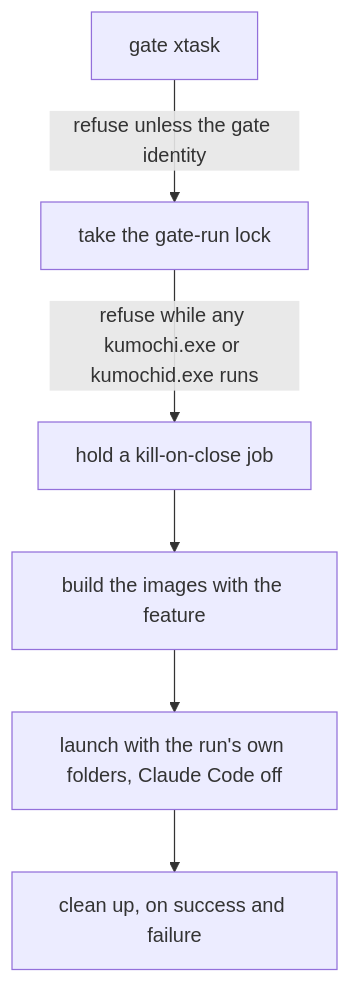
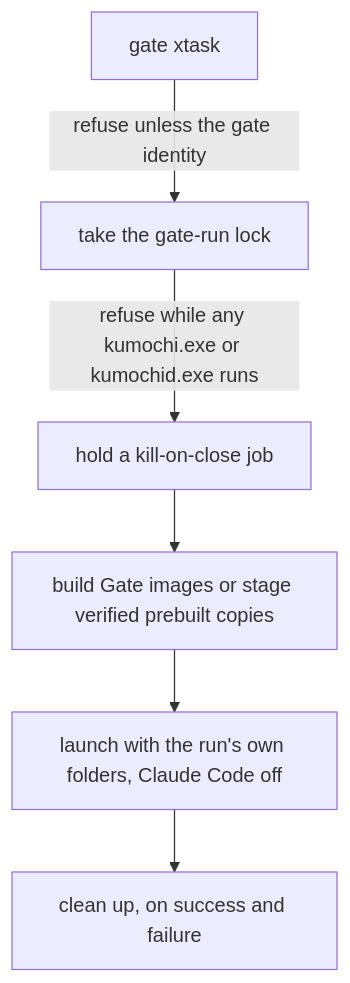
Before and after one commit to labcoder/capsula: the diagram in docs/development/gate-identity.md, drawn with Mermaid. The commit also changed other lines of this file and 7 other files, not shown here.

Commit message:
feat(xtask): run idle and cold benchmarks from prebuilt images

````diff
--- a/docs/development/gate-identity.md
+++ b/docs/development/gate-identity.md
@@ -68,8 +84,8 @@
 ```mermaid
 flowchart TD
   A[gate xtask] -->|refuse unless the gate identity| B[take the gate-run lock]
   B -->|refuse while any kumochi.exe or kumochid.exe runs| C[hold a kill-on-close job]
-  C --> D[build the images with the feature]
+  C --> D[build Gate images or stage verified prebuilt copies]
   D --> E[launch with the run's own folders, Claude Code off]
   E --> F[clean up, on success and failure]
 ```
````
